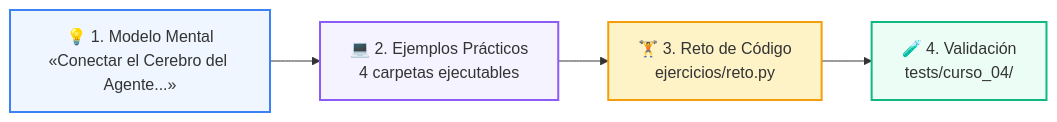
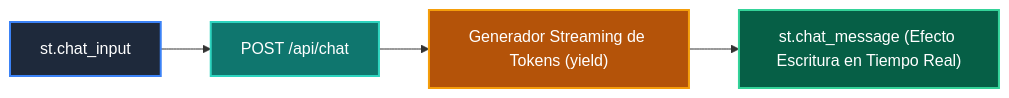
The diagram in 04-proyecto-final/clase-05-integracion-agente-ia/README.md (wisrovi/wisrovi-python), drawn with Mermaid before and after one commit. The commit also changed other lines of this file and 271 other files, not shown here.

Commit message:
docs: rewrite all README.md files with bespoke topic-specific Mermaid diagrams and remove repetitive boilerplate

````diff
--- a/04-proyecto-final/clase-05-integracion-agente-ia/README.md
+++ b/04-proyecto-final/clase-05-integracion-agente-ia/README.md
@@ -19,11 +12,11 @@
 ```mermaid
 flowchart LR
-    M["💡 1. Modelo Mental<br/>«Conectar el Cerebro del Agente...»"] --> E["💻 2. Ejemplos Prácticos<br/>4 carpetas ejecutables"]
-    E --> R["🏋️ 3. Reto de Código<br/>ejercicios/reto.py"]
-    R --> T["🧪 4. Validación<br/>tests/curso_04/"]
+    INP["st.chat_input"] --> POST["POST /api/chat"]
+    POST --> STREAM["Generador Streaming de Tokens (yield)"]
+    STREAM --> CHAT_UI["st.chat_message (Efecto Escritura en Tiempo Real)"]
 
-    style M fill:#eff6ff,stroke:#3b82f6,stroke-width:2px
-    style E fill:#f5f3ff,stroke:#8b5cf6,stroke-width:2px
-    style R fill:#fef3c7,stroke:#f59e0b,stroke-width:2px
-    style T fill:#ecfdf5,stroke:#10b981,stroke-width:2px
+    style INP fill:#1e293b,color:#fff,stroke:#3b82f6,stroke-width:2px
+    style POST fill:#0f766e,color:#fff,stroke:#2dd4bf,stroke-width:2px
+    style STREAM fill:#b45309,color:#fff,stroke:#f59e0b,stroke-width:2px
+    style CHAT_UI fill:#065f46,color:#fff,stroke:#34d399,stroke-width:2px
 ```
````
